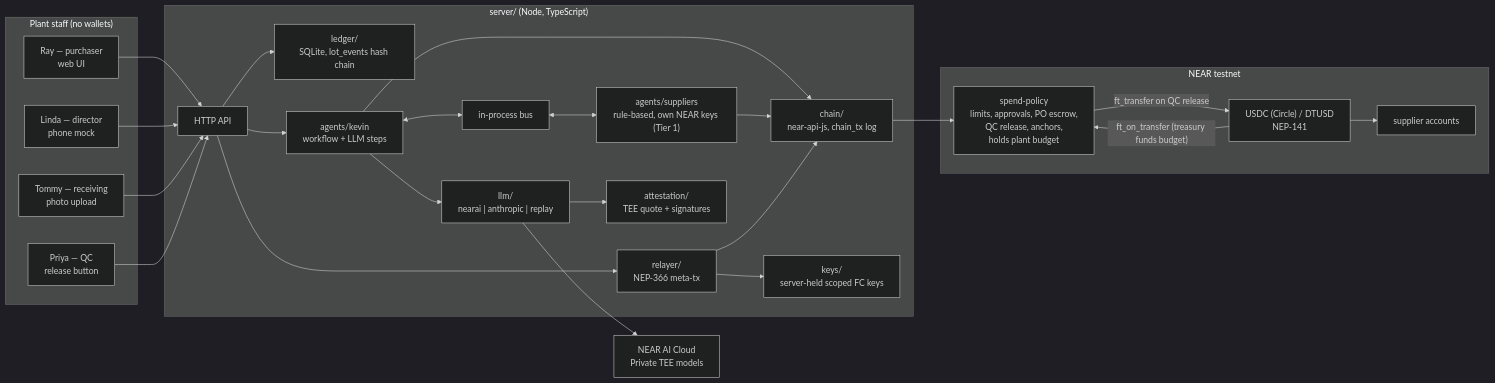
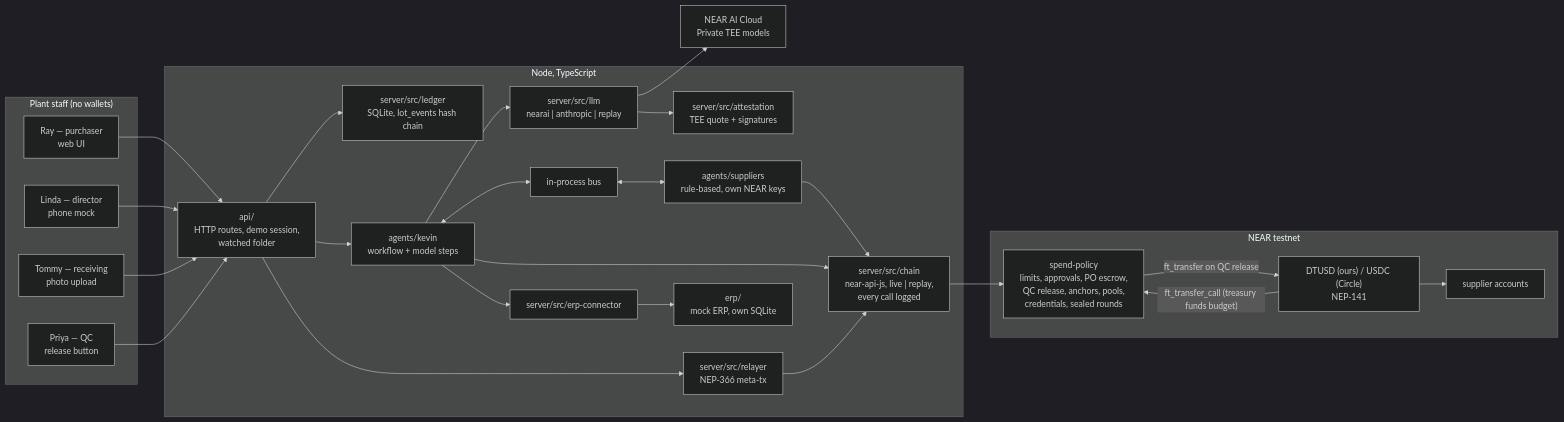
Before and after one commit to CoderofVibes/day-one: the first of 2 diagrams in docs/ARCHITECTURE.md, drawn with Mermaid (dark theme). The commit also changed other lines of this file and 11 other files, not shown here.

````diff
--- a/docs/ARCHITECTURE.md
+++ b/docs/ARCHITECTURE.md
@@ -34,48 +36,48 @@
 ```mermaid
 flowchart LR
   subgraph Staff["Plant staff (no wallets)"]
     Ray["Ray — purchaser<br/>web UI"]
     Linda["Linda — director<br/>phone mock"]
     Tommy["Tommy — receiving<br/>photo upload"]
     Priya["Priya — QC<br/>release button"]
   end
 
-  subgraph Server["server/ (Node, TypeScript)"]
-    API["HTTP API"]
-    Ledger["ledger/<br/>SQLite, lot_events hash chain"]
-    Kevin["agents/kevin<br/>workflow + LLM steps"]
+  subgraph Node["Node, TypeScript"]
+    API["api/<br/>HTTP routes, demo session,<br/>watched folder"]
+    Ledger["server/src/ledger<br/>SQLite, lot_events hash chain"]
+    Kevin["agents/kevin<br/>workflow + model steps"]
     Bus["in-process bus"]
-    Suppliers["agents/suppliers<br/>rule-based, own NEAR keys (Tier 1)"]
-    LLM["llm/<br/>nearai | anthropic | replay"]
-    Chain["chain/<br/>near-api-js, chain_tx log"]
-    Relayer["relayer/<br/>NEP-366 meta-tx"]
-    Keys["keys/<br/>server-held scoped FC keys"]
-    Attest["attestation/<br/>TEE quote + signatures"]
+    Suppliers["agents/suppliers<br/>rule-based, own NEAR keys"]
+    LLM["server/src/llm<br/>nearai | anthropic | replay"]
+    Chain["server/src/chain<br/>near-api-js, live | replay,<br/>every call logged"]
+    Relayer["server/src/relayer<br/>NEP-366 meta-tx"]
+    Attest["server/src/attestation<br/>TEE quote + signatures"]
+    Connector["server/src/erp-connector"]
+    ERP["erp/<br/>mock ERP, own SQLite"]
   end
 
   subgraph NEAR["NEAR testnet"]
-    Policy["spend-policy<br/>limits, approvals, PO escrow,<br/>QC release, anchors,<br/>holds plant budget"]
-    Token["USDC (Circle) / DTUSD<br/>NEP-141"]
+    Policy["spend-policy<br/>limits, approvals, PO escrow,<br/>QC release, anchors, pools,<br/>credentials, sealed rounds"]
+    Token["DTUSD (ours) / USDC (Circle)<br/>NEP-141"]
     SupAcct["supplier accounts"]
   end
 
   NEARAI["NEAR AI Cloud<br/>Private TEE models"]
 
   Ray --> API
   Linda --> API
   Tommy --> API
   Priya --> API
   API --> Ledger
   API --> Kevin
   Kevin --> LLM --> NEARAI
   Kevin <--> Bus <--> Suppliers
   Kevin --> Chain
   Suppliers --> Chain
-  API --> Relayer
-  Relayer --> Keys
-  Relayer --> Chain
+  API --> Relayer --> Chain
   Chain --> Policy
-  Token -- ft_on_transfer (treasury funds budget) --> Policy
+  Token -- ft_transfer_call (treasury funds budget) --> Policy
   Policy -- ft_transfer on QC release --> Token --> SupAcct
   LLM --> Attest
+  Kevin --> Connector --> ERP
 ```
````
